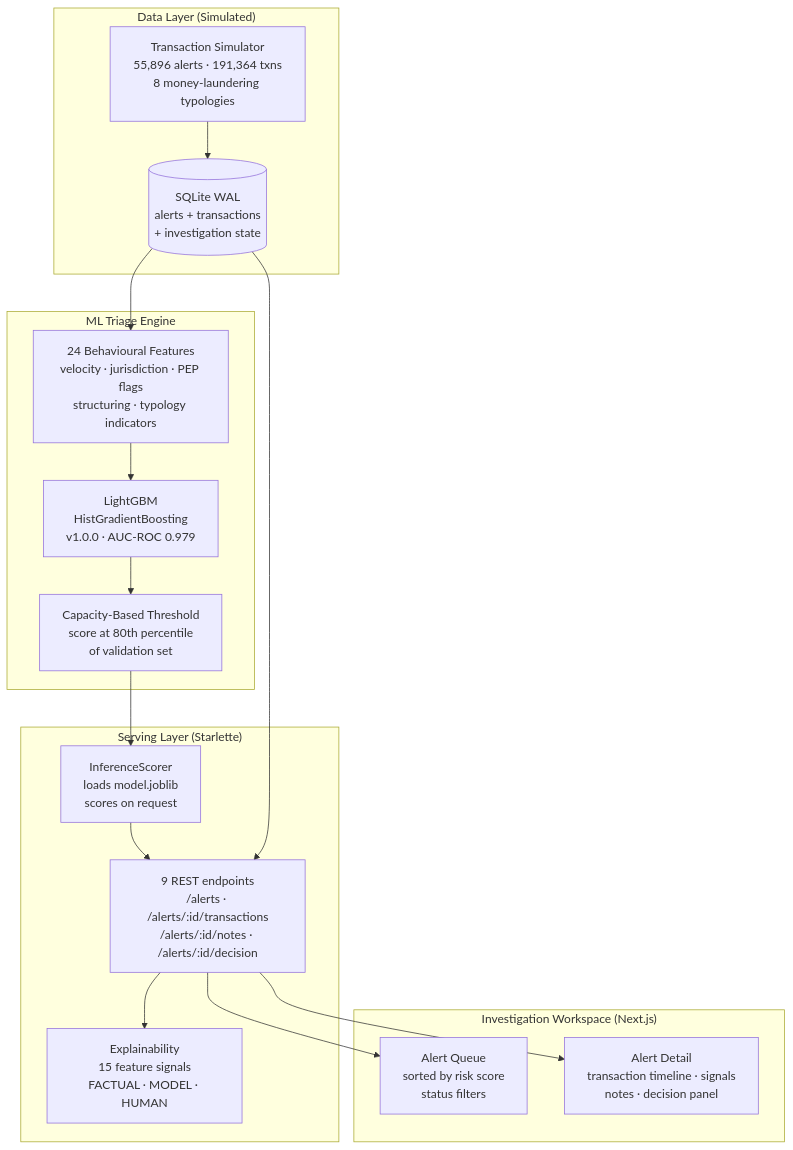
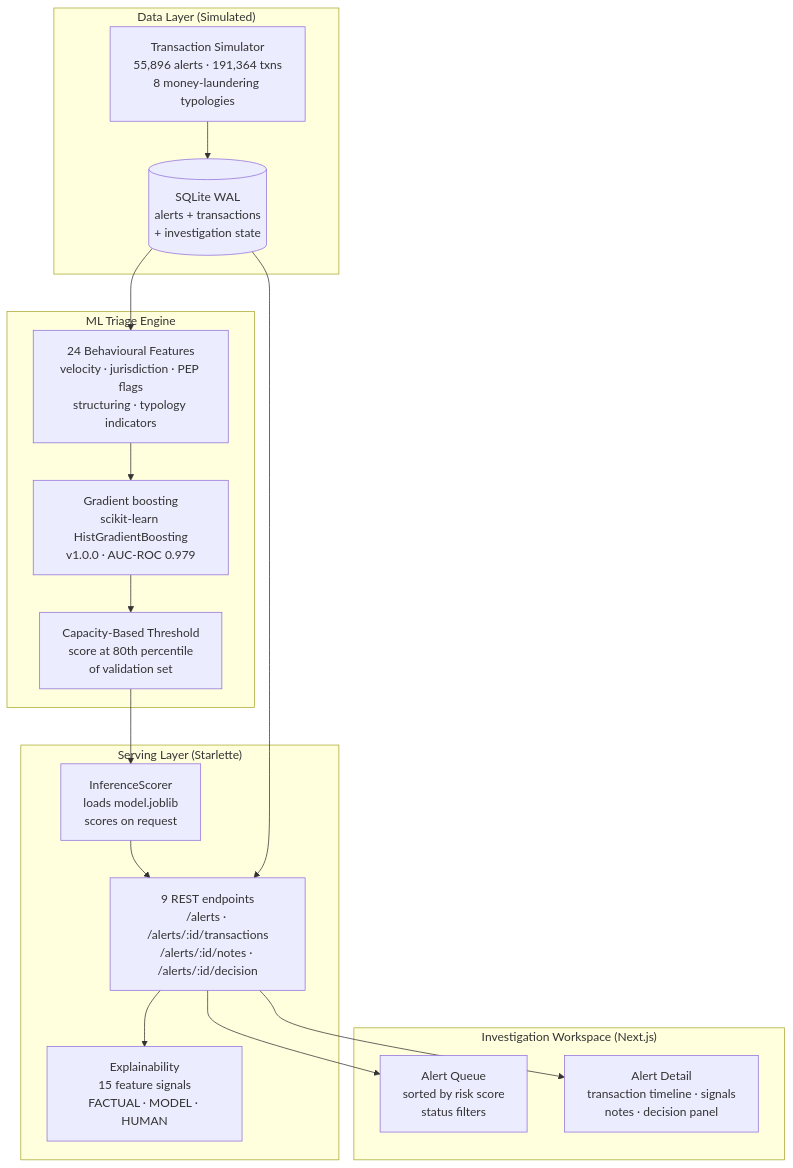
Before and after one commit to Rithwik23M/AlertIQ: the first of 4 diagrams in README.md, drawn with Mermaid. The commit also changed other lines of this file and 13 other files, not shown here.

````diff
--- a/README.md
+++ b/README.md
@@ -35,35 +35,35 @@
 ```mermaid
 graph TB
     subgraph Simulation["Data Layer (Simulated)"]
         SIM[Transaction Simulator<br/>55,896 alerts · 191,364 txns<br/>8 money-laundering typologies]
         STORE[(SQLite WAL<br/>alerts + transactions<br/>+ investigation state)]
     end
 
     subgraph ML["ML Triage Engine"]
         FEAT[24 Behavioural Features<br/>velocity · jurisdiction · PEP flags<br/>structuring · typology indicators]
-        LGBM[LightGBM<br/>HistGradientBoosting<br/>v1.0.0 · AUC-ROC 0.979]
+        LGBM[Gradient boosting<br/>scikit-learn HistGradientBoosting<br/>v1.0.0 · AUC-ROC 0.979]
         THRESH[Capacity-Based Threshold<br/>score at 80th percentile<br/>of validation set]
     end
 
     subgraph API["Serving Layer (Starlette)"]
         ROUTES[9 REST endpoints<br/>/alerts · /alerts/:id/transactions<br/>/alerts/:id/notes · /alerts/:id/decision]
         SCORER[InferenceScorer<br/>loads model.joblib<br/>scores on request]
         EXPL[Explainability<br/>15 feature signals<br/>FACTUAL · MODEL · HUMAN]
     end
 
     subgraph UI["Investigation Workspace (Next.js)"]
         QUEUE[Alert Queue<br/>sorted by risk score<br/>status filters]
         DETAIL[Alert Detail<br/>transaction timeline · signals<br/>notes · decision panel]
     end
 
     SIM --> STORE
     STORE --> FEAT
     FEAT --> LGBM
     LGBM --> THRESH
     THRESH --> SCORER
     SCORER --> ROUTES
     STORE --> ROUTES
     ROUTES --> EXPL
     ROUTES --> QUEUE
     ROUTES --> DETAIL
 ```
````
